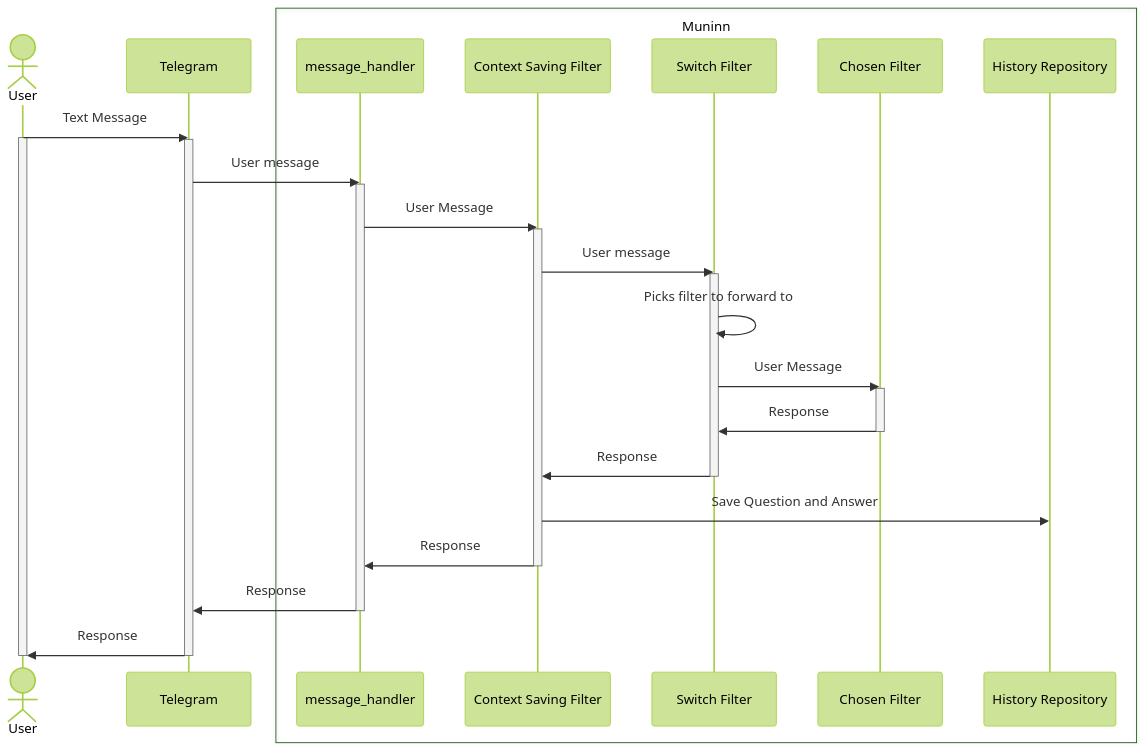
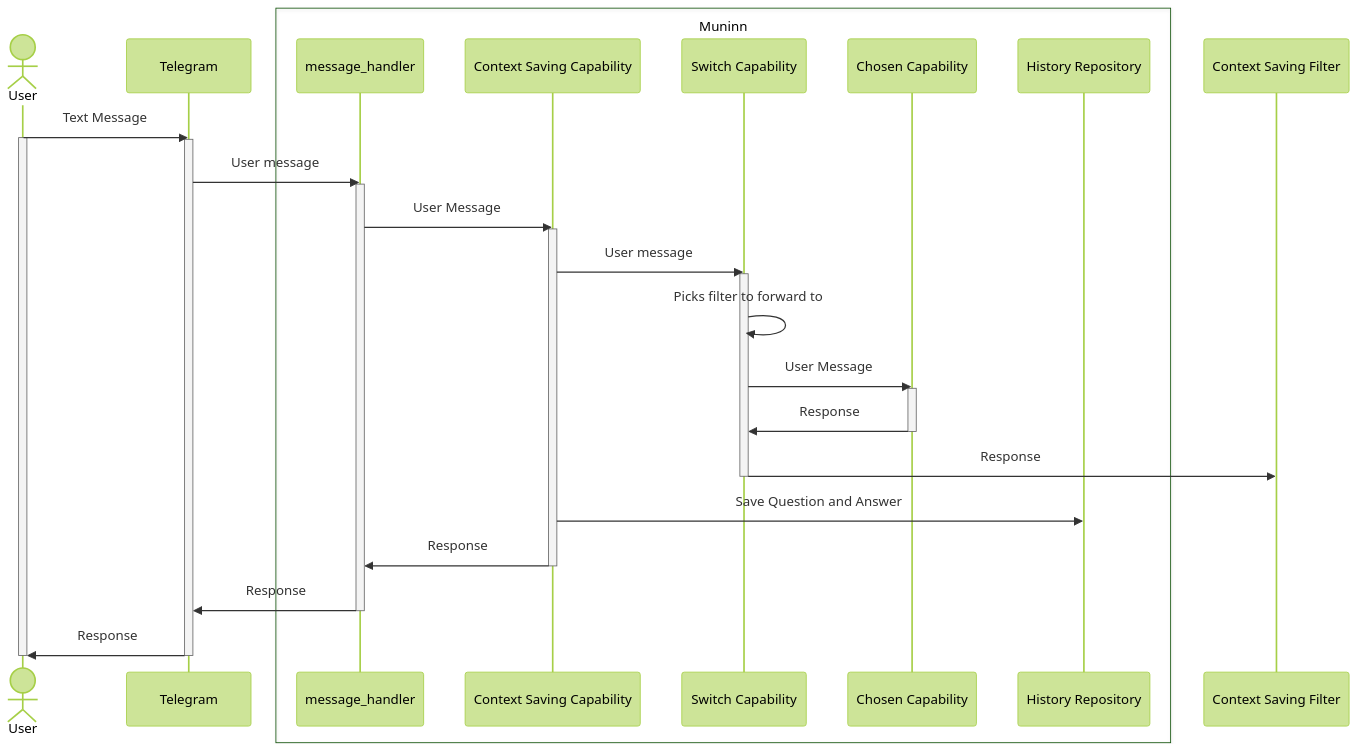
The diagram in docs/ARCHITECTURE.md (divanvisagie/ratatoskr-prototype), drawn with Mermaid (forest theme) before and after one commit.

````diff
--- a/docs/ARCHITECTURE.md
+++ b/docs/ARCHITECTURE.md
@@ -3,51 +3,51 @@
 ```mermaid
 sequenceDiagram
     actor User
 
     participant Telegram
 
     box Muninn
     participant message_handler
-    participant Context Saving Filter
-    participant Switch Filter
-    participant Chosen Filter
+    participant Context Saving Capability
+    participant Switch Capability
+    participant Chosen Capability
     participant History Repository
     end
    
 
     User->>Telegram: Text Message
     activate User
 
     activate Telegram
     Telegram->>message_handler: User message
 
     activate message_handler
-    message_handler->>Context Saving Filter: User Message
+    message_handler->>Context Saving Capability: User Message
 
-    activate Context Saving Filter
-    Context Saving Filter->>Switch Filter: User message
+    activate Context Saving Capability
+    Context Saving Capability->>Switch Capability: User message
 
-    activate Switch Filter
-    Switch Filter->>Switch Filter: Picks filter to forward to
-    Switch Filter->>Chosen Filter: User Message
+    activate Switch Capability
+    Switch Capability->>Switch Capability: Picks filter to forward to
+    Switch Capability->>Chosen Capability: User Message
 
-    activate Chosen Filter
-    Chosen Filter->>Switch Filter: Response
-    deactivate Chosen Filter
+    activate Chosen Capability
+    Chosen Capability->>Switch Capability: Response
+    deactivate Chosen Capability
     
-    Switch Filter->>Context Saving Filter: Response
-    deactivate Switch Filter
+    Switch Capability->>Context Saving Filter: Response
+    deactivate Switch Capability
  
-    Context Saving Filter->>History Repository: Save Question and Answer
-    Context Saving Filter->>message_handler: Response
-    deactivate Context Saving Filter
+    Context Saving Capability->>History Repository: Save Question and Answer
+    Context Saving Capability->>message_handler: Response
+    deactivate Context Saving Capability
 
     message_handler->>Telegram: Response
     deactivate message_handler
     
 
     Telegram->>User: Response
     deactivate Telegram
     deactivate User
 
 ```
````
